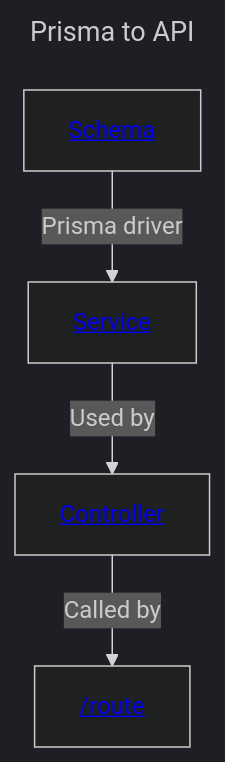
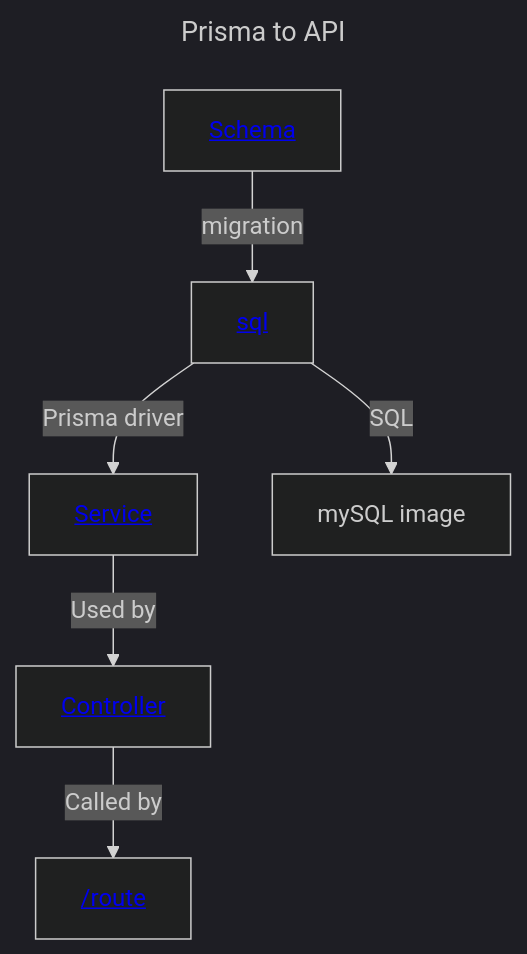
One commit to NevadaComp4050/VivaMQ changed the diagram in Docs/WikiVault/Database.md. Above: the diagram before and after it, drawn with Mermaid (dark theme). The commit also changed 5 other files, not shown here.

Commit message:
feat(ORM): Changed the schema and migrated the database to use the new tables

````diff
--- a/Docs/WikiVault/Database.md
+++ b/Docs/WikiVault/Database.md
@@ -12,13 +12,16 @@
 ```mermaid
 ---
 title: Prisma to API
 ---
 graph
 sch[<a href=https://github.com/NevadaComp4050/VivaMQ/blob/main/backend/prisma/schema.prisma>Schema</a>]
+migr[<a href=https://github.com/NevadaComp4050/VivaMQ/blob/main/backend/src/modules/users/users.service.ts>sql</a>]
 serv[<a href=https://github.com/NevadaComp4050/VivaMQ/blob/main/backend/src/modules/users/users.service.ts>Service</a>]
 cont[<a href='https://github.com/NevadaComp4050/VivaMQ/blob/main/backend/src/modules/users/users.controller.ts'>Controller</a>]
 html[<a href=https://github.com/NevadaComp4050/VivaMQ/blob/main/backend/src/modules/users/users.route.ts>/route</a>]
-sch --Prisma driver--> serv
+docker[mySQL image]
+migr --Prisma driver--> serv
+sch --migration-->migr --SQL--> docker
 serv --Used by--> cont
 cont --Called by--> html
 ```
````
